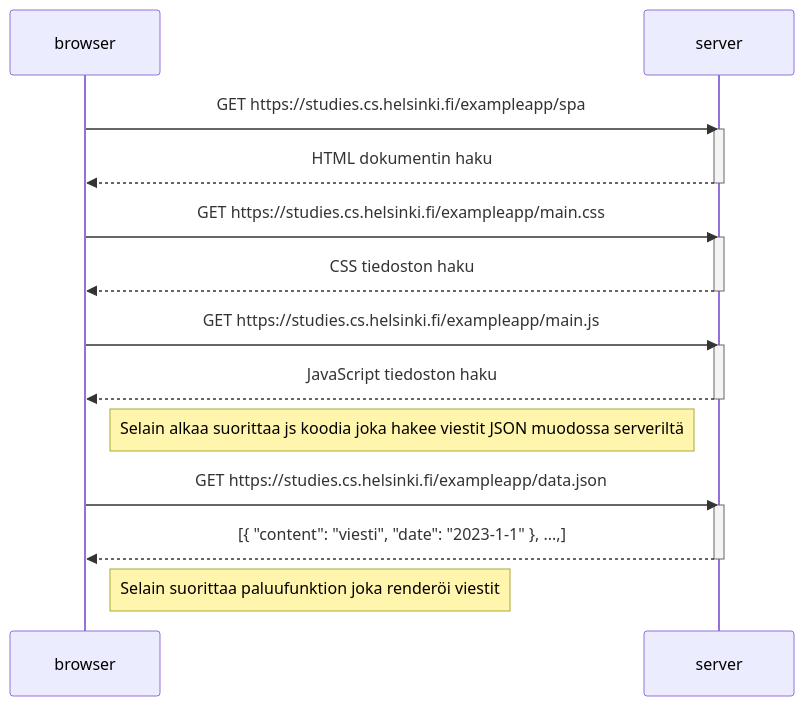
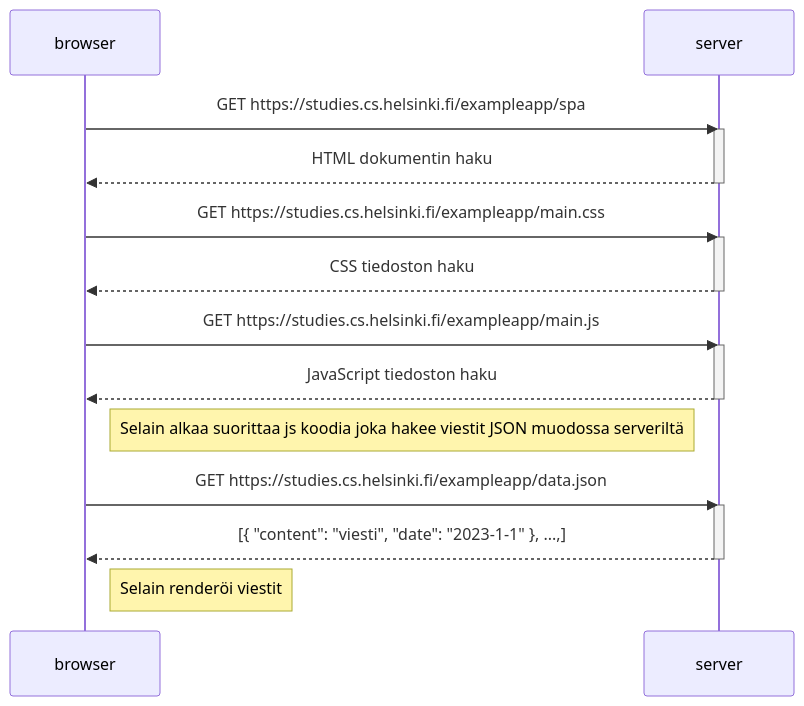
One commit to JoonasKemppainen/full-stack-open changed the diagram in osa0/osa0_5.md. Above: the diagram before and after it, drawn with Mermaid. The commit also changed 2 other files, not shown here.

Commit message:
osa0 valmiit

````diff
--- a/osa0/osa0_5.md
+++ b/osa0/osa0_5.md
@@ -1,26 +1,26 @@
 ```mermaid
 sequenceDiagram
 browser->>server: GET https://studies.cs.helsinki.fi/exampleapp/spa
 activate server
 server-->>browser: HTML dokumentin haku
 deactivate server
 
 browser->>server: GET https://studies.cs.helsinki.fi/exampleapp/main.css
 activate server
 server-->>browser: CSS tiedoston haku
 deactivate server
 
 browser->>server: GET https://studies.cs.helsinki.fi/exampleapp/main.js
 activate server
 server-->>browser: JavaScript tiedoston haku
 deactivate server
 
 Note right of browser: Selain alkaa suorittaa js koodia joka hakee viestit JSON muodossa serveriltä
 
 browser->>server: GET https://studies.cs.helsinki.fi/exampleapp/data.json
 activate server
 server-->>browser: [{ "content": "viesti", "date": "2023-1-1" }, ...,]
 deactivate server
 
-Note right of browser: Selain suorittaa paluufunktion joka renderöi viestit
+Note right of browser: Selain renderöi viestit
 ```
````
